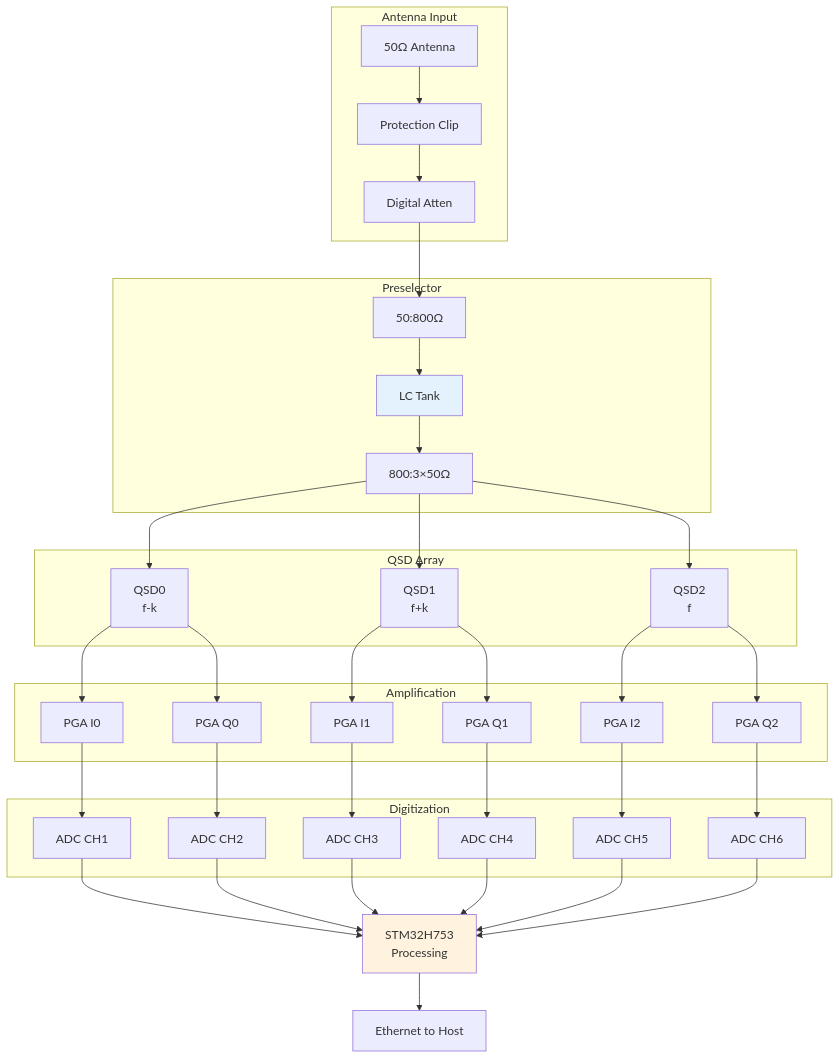
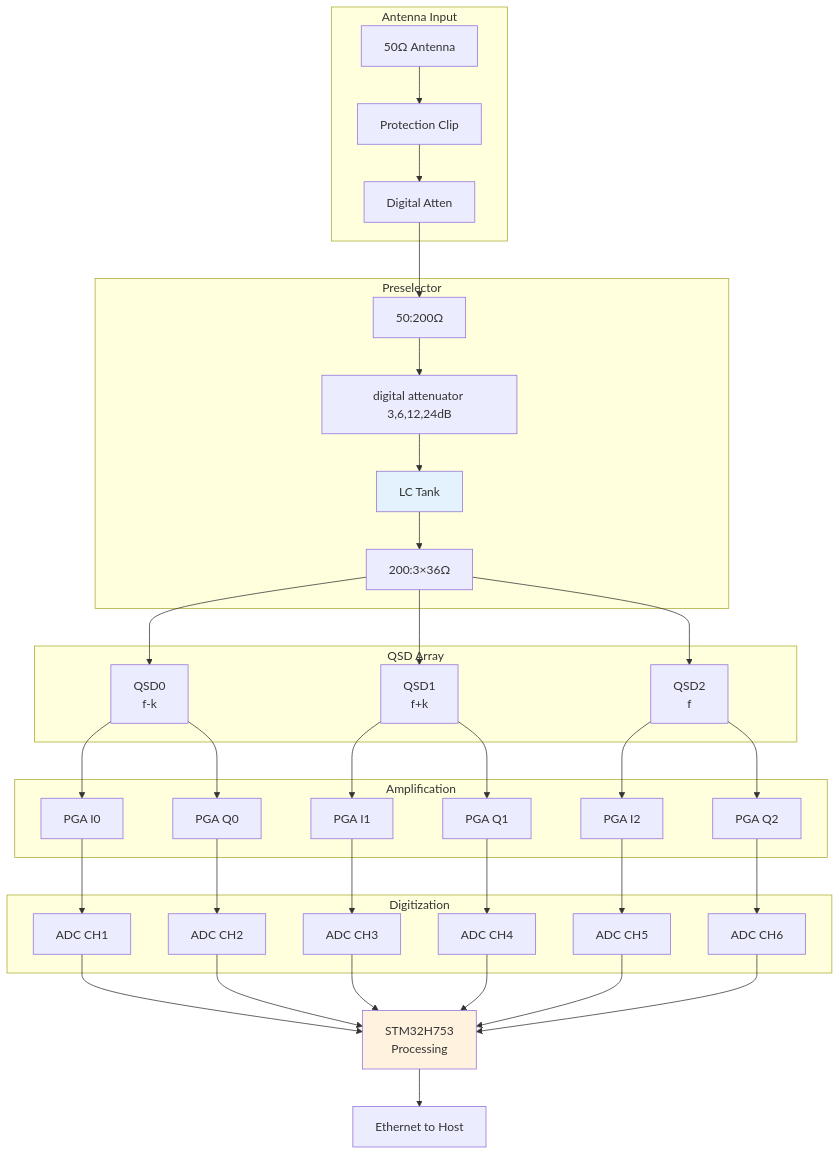
Before and after one commit to alanmimms/NexRx: the third of 3 diagrams in doc/RX-ARCHITECTURE.md, drawn with Mermaid. The commit also changed other lines of this file, not shown here.

````diff
--- a/doc/RX-ARCHITECTURE.md
+++ b/doc/RX-ARCHITECTURE.md
@@ -637,49 +621,50 @@
 ```mermaid
 graph TB
     subgraph Antenna Input
         A1[50Ω Antenna] --> A2[Protection Clip]
         A2 --> A3[Digital Atten]
     end
     
     subgraph Preselector
-        A3 --> B1[50:800Ω]
+        A3 --> B0[50:200Ω]
+	    B0 --> B1[digital attenuator 3,6,12,24dB]
         B1 --> B2[LC Tank]
-        B2 --> B3[800:3×50Ω]
+        B2 --> B3[200:3×36Ω]
     end
     
     subgraph QSD Array
         B3 --> C1[QSD0<br/>f-k]
         B3 --> C2[QSD1<br/>f+k]
         B3 --> C3[QSD2<br/>f]
     end
     
     subgraph Amplification
         C1 --> D1[PGA I0]
         C1 --> D2[PGA Q0]
         C2 --> D3[PGA I1]
         C2 --> D4[PGA Q1]
         C3 --> D5[PGA I2]
         C3 --> D6[PGA Q2]
     end
     
     subgraph Digitization
         D1 --> E1[ADC CH1]
         D2 --> E2[ADC CH2]
         D3 --> E3[ADC CH3]
         D4 --> E4[ADC CH4]
         D5 --> E5[ADC CH5]
         D6 --> E6[ADC CH6]
     end
     
     E1 --> F[STM32H753<br/>Processing]
     E2 --> F
     E3 --> F
     E4 --> F
     E5 --> F
     E6 --> F
     
     F --> G[Ethernet to Host]
     
     style B2 fill:#e3f2fd
     style F fill:#fff3e0
 ```
````
